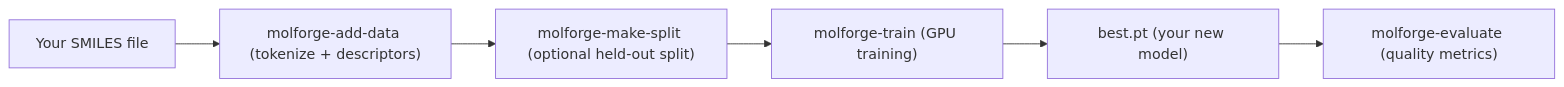
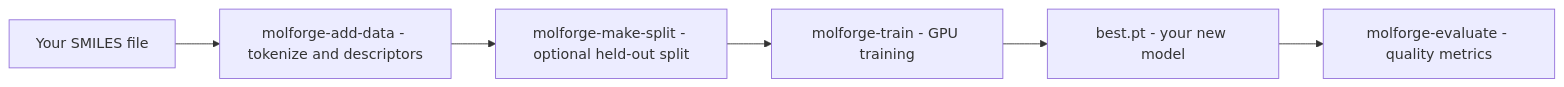
The second of 4 diagrams in README.md (NealKapadia/BatteryGen), drawn with Mermaid before and after one commit. The commit also changed other lines of this file, not shown here.

Commit message:
Fix Mermaid diagrams (remove parentheses GitHub can't render); align training count to 9,135,485 across all five databases

````diff
--- a/README.md
+++ b/README.md
@@ -281,8 +282,8 @@
 ```mermaid
 flowchart LR
-    A["Your SMILES file"] --> B["molforge-add-data (tokenize + descriptors)"]
-    B --> C["molforge-make-split (optional held-out split)"]
-    C --> D["molforge-train (GPU training)"]
-    D --> E["best.pt (your new model)"]
-    E --> F["molforge-evaluate (quality metrics)"]
+    A["Your SMILES file"] --> B["molforge-add-data - tokenize and descriptors"]
+    B --> C["molforge-make-split - optional held-out split"]
+    C --> D["molforge-train - GPU training"]
+    D --> E["best.pt - your new model"]
+    E --> F["molforge-evaluate - quality metrics"]
 ```
````
